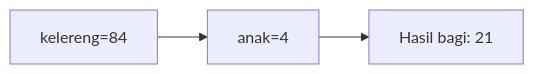
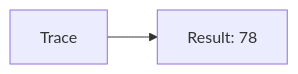
One commit to amnahwaida/OSNK_INF_PREP changed diagram 17 of 25 in part-c-pemahaman-cpp/01-tipe-data/latihan/set-06.md. Above: the diagram before and after it, drawn with Mermaid. The commit also changed other lines of this file and 71 other files, not shown here.

````diff
--- a/part-c-pemahaman-cpp/01-tipe-data/latihan/set-06.md
+++ b/part-c-pemahaman-cpp/01-tipe-data/latihan/set-06.md
@@ -251,5 +358,4 @@
 ```mermaid
 graph LR
-A["kelereng=84"] --> B["anak=4"]
-B --> C["Hasil bagi: 21"]
+A[Trace] --> B[Result: 78]
 ```
````
